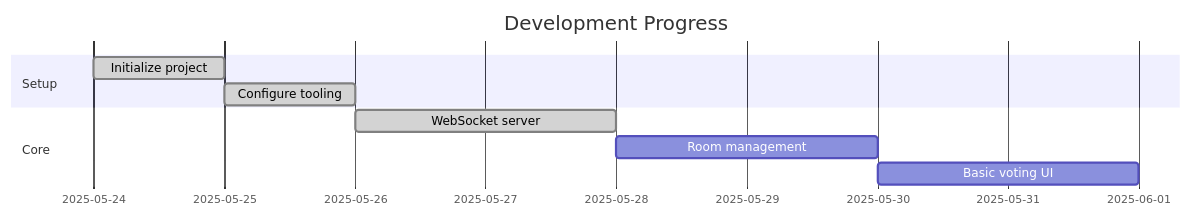
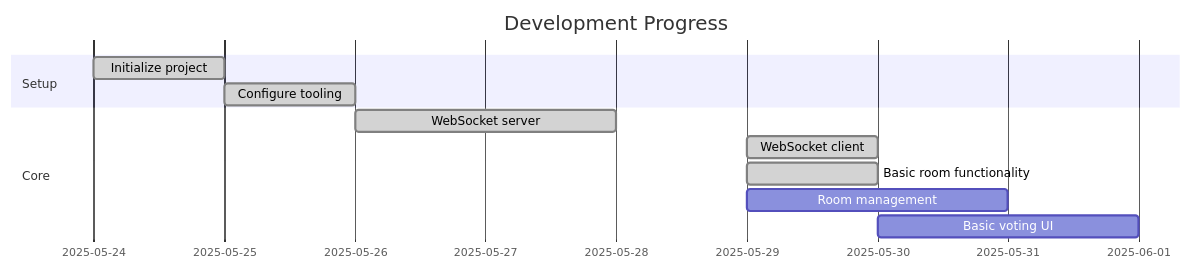
One commit to conrisc/scrum-poker changed the diagram in memory-bank/activeContext.md. Above: the diagram before and after it, drawn with Mermaid. The commit also changed other lines of this file and 6 other files, not shown here.

Commit message:
Create websocket-client; Implement join/create form and voting room UI

````diff
--- a/memory-bank/activeContext.md
+++ b/memory-bank/activeContext.md
@@ -18,13 +21,15 @@
 ```mermaid
 gantt
     title Development Progress
     dateFormat  YYYY-MM-DD
     section Setup
     Initialize project       :done, 2025-05-24, 1d
     Configure tooling       :done, 2025-05-25, 1d
     
     section Core
     WebSocket server        :done, 2025-05-26, 2d
-    Room management         :2025-05-28, 2d
+    WebSocket client        :done, 2025-05-29, 1d
+    Basic room functionality :done, 2025-05-29, 1d
+    Room management         :2025-05-29, 2d
     Basic voting UI         :2025-05-30, 2d
 ```
````
